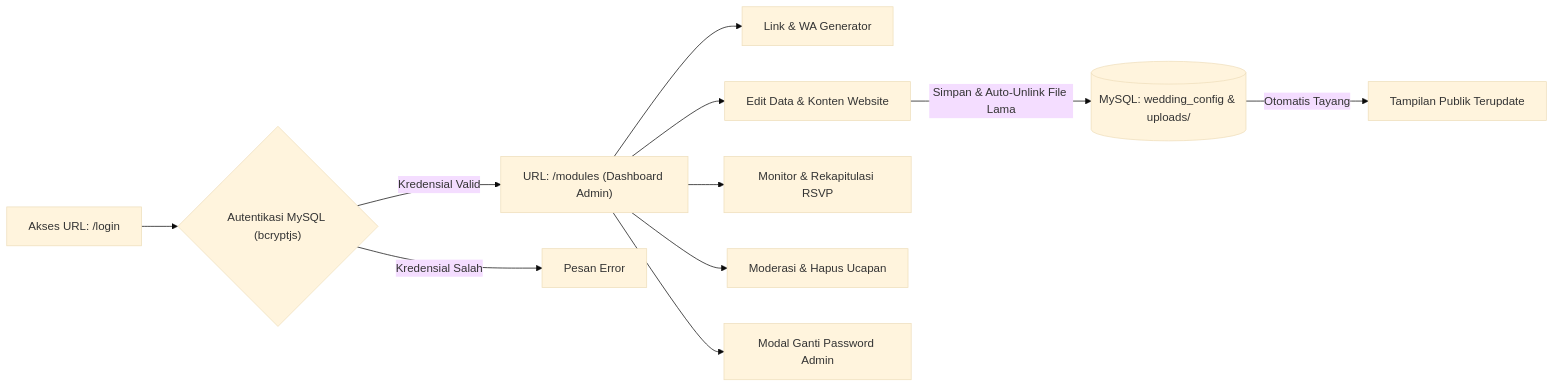
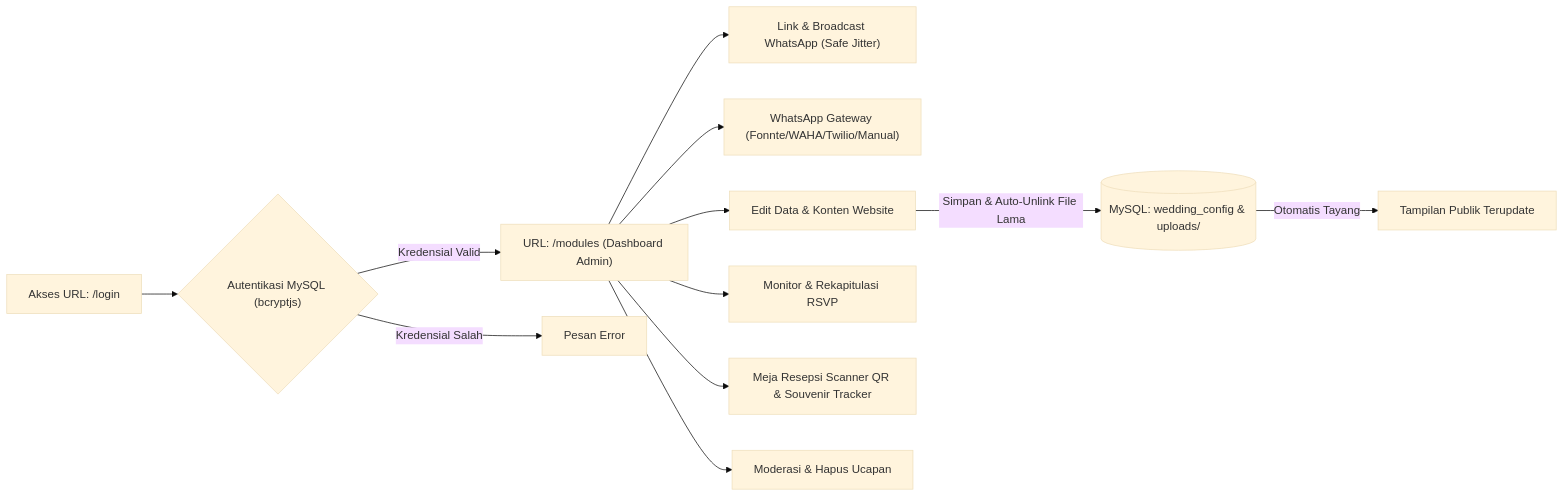
One commit to hndko/app_weddingbetawi_react changed the second of 2 diagrams in README.md. Above: the diagram before and after it, drawn with Mermaid (base theme). The commit also changed other lines of this file and 6 other files, not shown here.

Commit message:
docs: synchronize documentation suite and README for v1.57.0 WhatsApp Gateway features

````diff
--- a/README.md
+++ b/README.md
@@ -112,13 +115,14 @@
 ```mermaid
 graph LR
     A["Akses URL: /login"] --> B{"Autentikasi MySQL (bcryptjs)"}
     B -->|"Kredensial Valid"| C["URL: /modules (Dashboard Admin)"]
     B -->|"Kredensial Salah"| D["Pesan Error"]
-    C --> E["Link & WA Generator"]
-    C --> F["Edit Data & Konten Website"]
-    C --> G["Monitor & Rekapitulasi RSVP"]
-    C --> H["Moderasi & Hapus Ucapan"]
-    C --> I["Modal Ganti Password Admin"]
-    F -->|"Simpan & Auto-Unlink File Lama"| J[("MySQL: wedding_config & uploads/")]
-    J -->|"Otomatis Tayang"| K["Tampilan Publik Terupdate"]
+    C --> E["Link & Broadcast WhatsApp (Safe Jitter)"]
+    C --> F["WhatsApp Gateway (Fonnte/WAHA/Twilio/Manual)"]
+    C --> G["Edit Data & Konten Website"]
+    C --> H["Monitor & Rekapitulasi RSVP"]
+    C --> I["Meja Resepsi Scanner QR & Souvenir Tracker"]
+    C --> J["Moderasi & Hapus Ucapan"]
+    G -->|"Simpan & Auto-Unlink File Lama"| K[("MySQL: wedding_config & uploads/")]
+    K -->|"Otomatis Tayang"| L["Tampilan Publik Terupdate"]
 ```
````
